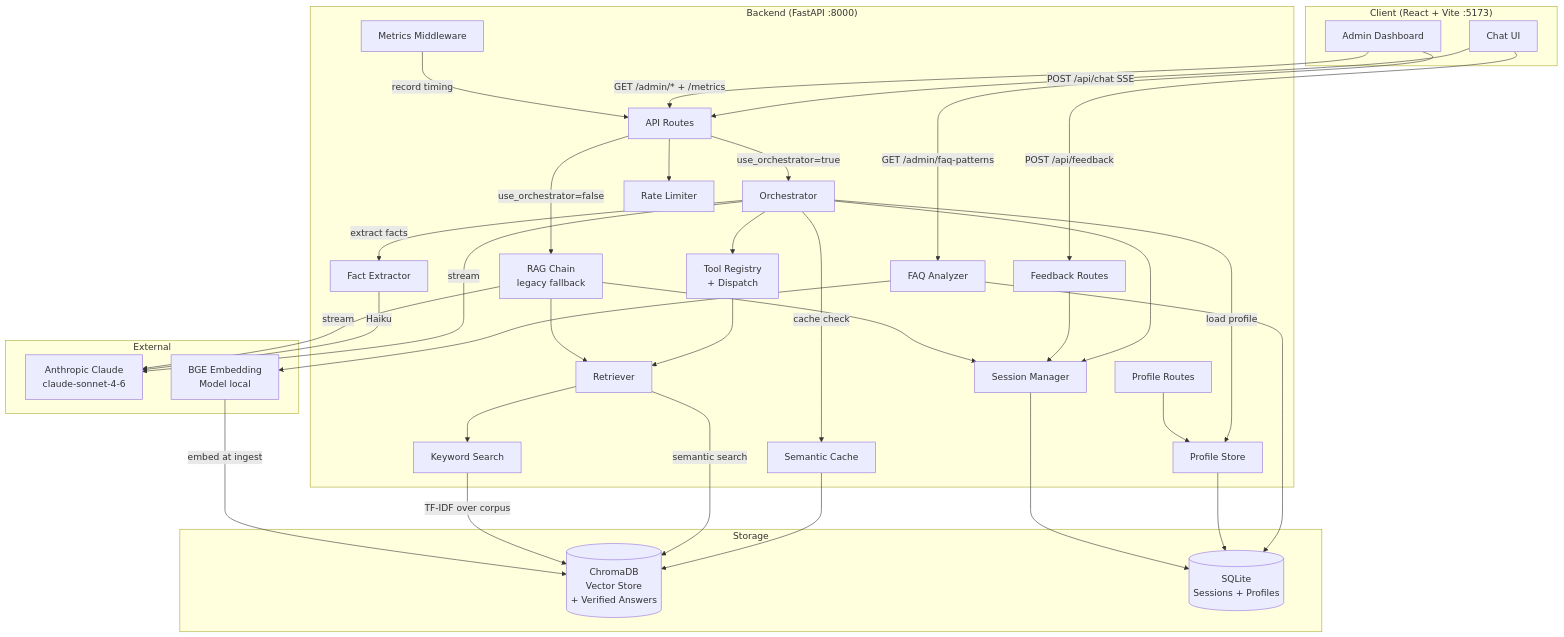
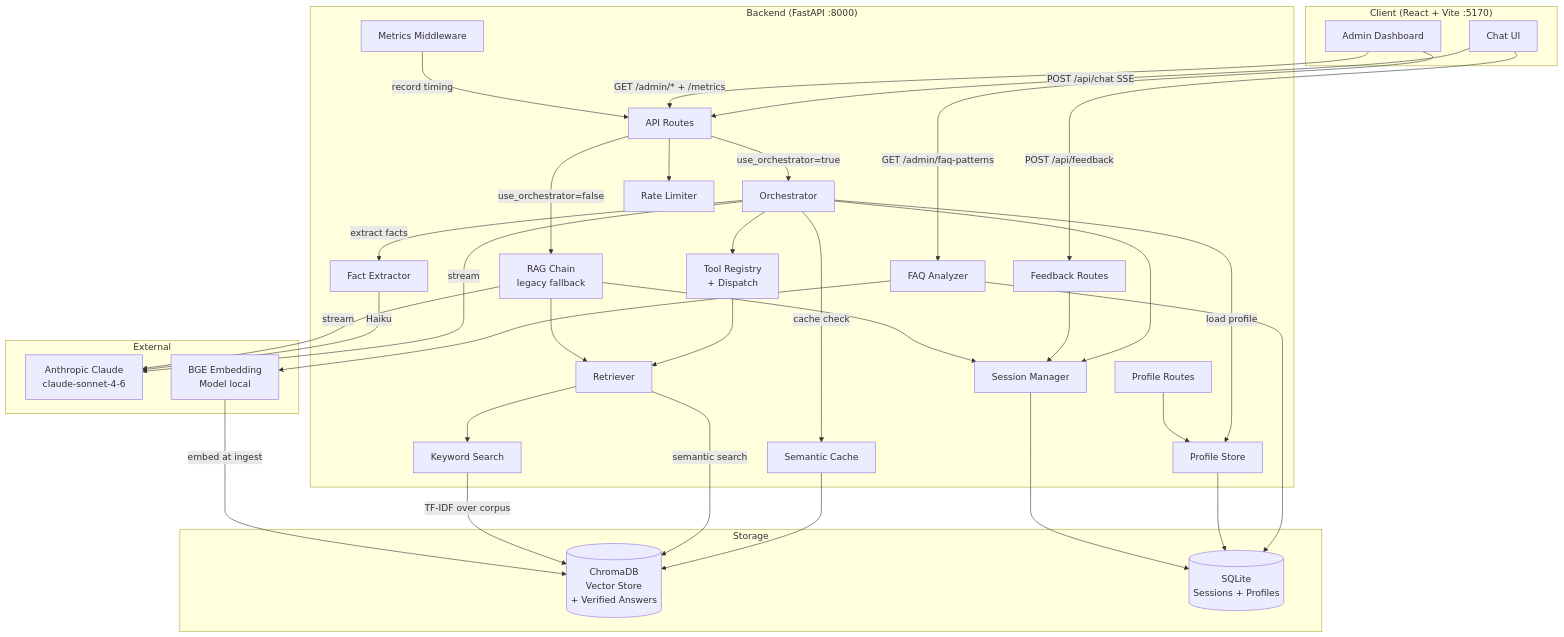
The diagram in ARCHITECTURE.md (AgentTT5518/SGHR_Chatbot), drawn with Mermaid before and after one commit. The commit also changed other lines of this file and 16 other files, not shown here.

````diff
--- a/ARCHITECTURE.md
+++ b/ARCHITECTURE.md
@@ -9,66 +9,66 @@
 ```mermaid
 graph TB
-    subgraph Client["Client (React + Vite :5173)"]
+    subgraph Client["Client (React + Vite :5170)"]
         UI[Chat UI]
         ADMIN[Admin Dashboard]
     end
 
     subgraph Server["Backend (FastAPI :8000)"]
         API[API Routes]
         FEEDBACK[Feedback Routes]
         PROFILE[Profile Routes]
         ORCH[Orchestrator]
         RAG[RAG Chain\nlegacy fallback]
         TOOLS[Tool Registry\n+ Dispatch]
         SM[Session Manager]
         PS[Profile Store]
         FE[Fact Extractor]
         SC[Semantic Cache]
         FAQ[FAQ Analyzer]
         RET[Retriever]
         KS[Keyword Search]
         METRICS[Metrics Middleware]
         LIMITER[Rate Limiter]
     end
 
     subgraph Storage
         CHROMA[(ChromaDB\nVector Store\n+ Verified Answers)]
         SQLITE[(SQLite\nSessions + Profiles)]
     end
 
     subgraph External
         CLAUDE[Anthropic Claude\nclaude-sonnet-4-6]
         BGE[BGE Embedding\nModel local]
     end
 
     UI -->|POST /api/chat SSE| API
     UI -->|POST /api/feedback| FEEDBACK
     ADMIN -->|GET /admin/* + /metrics| API
     ADMIN -->|GET /admin/faq-patterns| FAQ
     FAQ --> SQLITE
     FAQ --> BGE
     API -->|use_orchestrator=true| ORCH
     API -->|use_orchestrator=false| RAG
     API --> LIMITER
     ORCH --> TOOLS
     ORCH -->|stream| CLAUDE
     ORCH --> SM
     ORCH -->|cache check| SC
     ORCH -->|load profile| PS
     ORCH -->|extract facts| FE
     PROFILE --> PS
     PS --> SQLITE
     SC --> CHROMA
     FE -->|Haiku| CLAUDE
     TOOLS --> RET
     FEEDBACK --> SM
     RAG --> SM
     RAG --> RET
     RET -->|semantic search| CHROMA
     RET --> KS
     KS -->|TF-IDF over corpus| CHROMA
     BGE -->|embed at ingest| CHROMA
     RAG -->|stream| CLAUDE
     SM --> SQLITE
     METRICS -->|record timing| API
 ```
````
